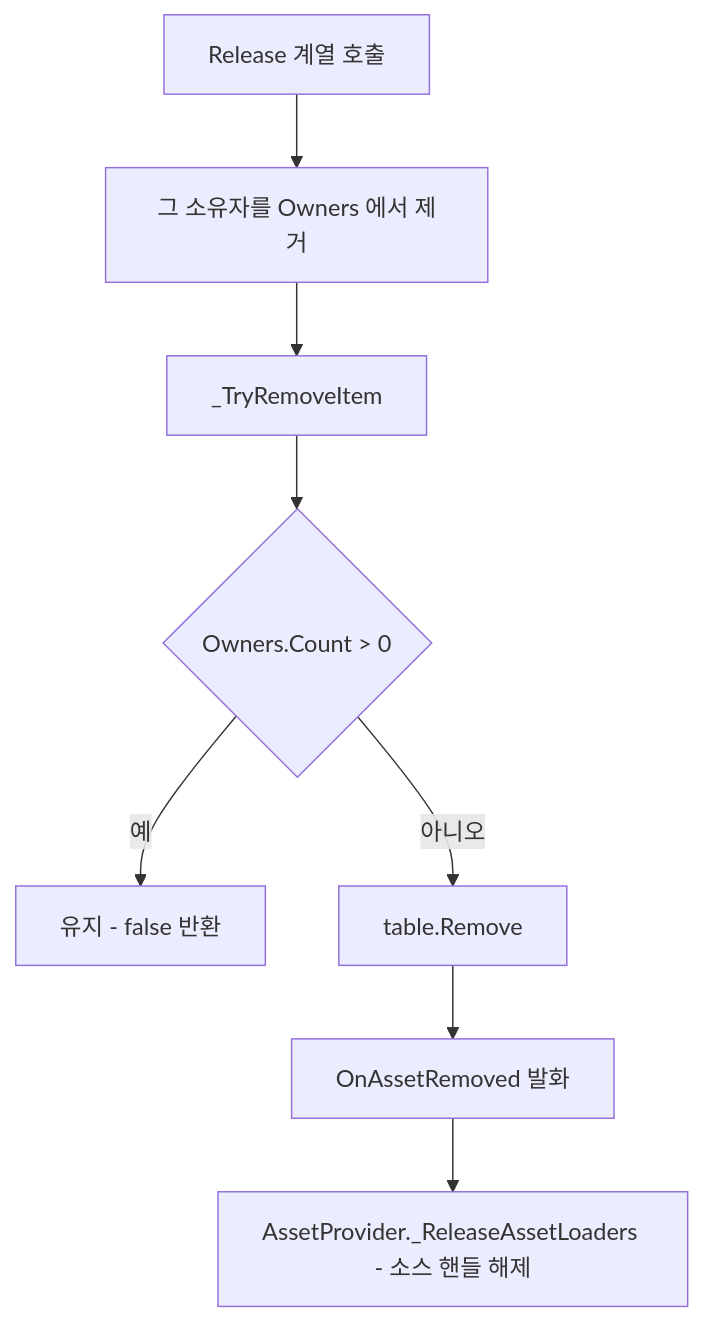
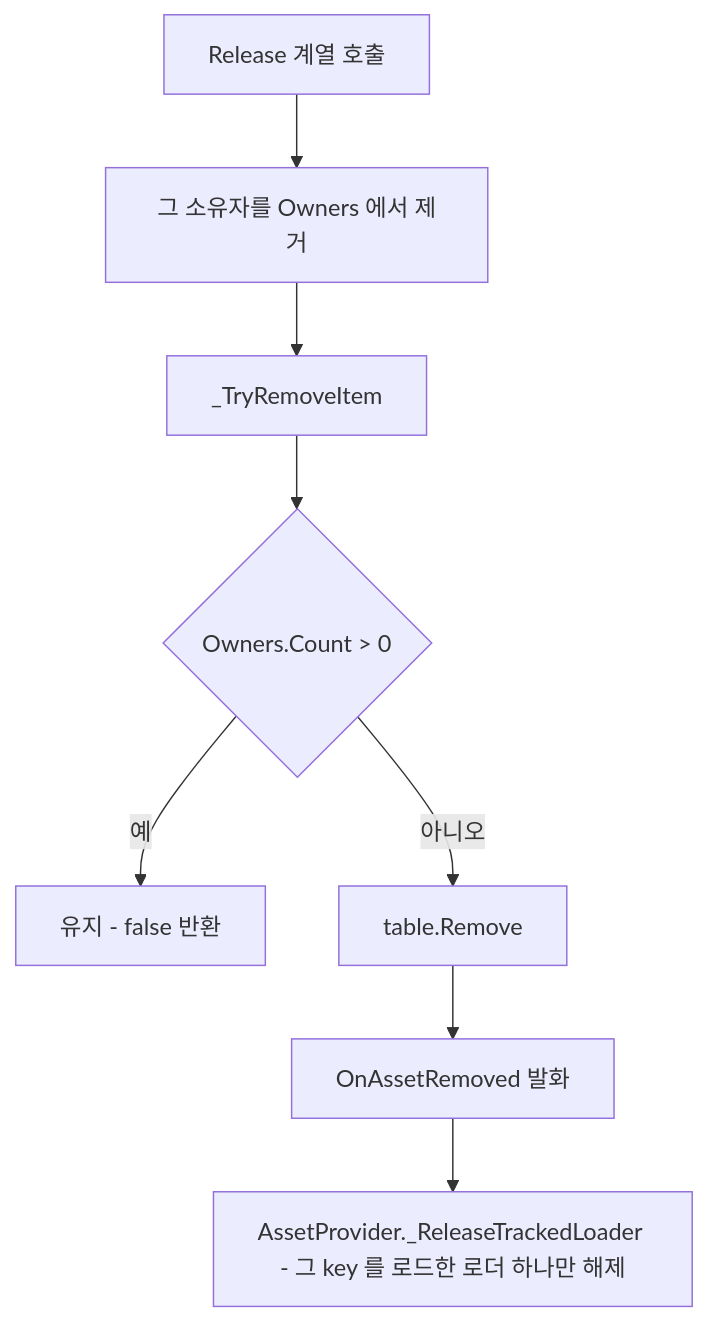
One commit to HoHong123/HCUP-Unity changed the second of 3 diagrams in HResource/docs/Cache.md. Above: the diagram before and after it, drawn with Mermaid. The commit also changed other lines of this file, not shown here.

````diff
--- a/HResource/docs/Cache.md
+++ b/HResource/docs/Cache.md
@@ -64,10 +53,10 @@
 ```mermaid
 flowchart TD
     A["Release 계열 호출"] --> B["그 소유자를 Owners 에서 제거"]
     B --> C["_TryRemoveItem"]
     C --> F{"Owners.Count &gt; 0"}
     F -->|예| E["유지 - false 반환"]
     F -->|아니오| G["table.Remove"]
     G --> H["OnAssetRemoved 발화"]
-    H --> I["AssetProvider._ReleaseAssetLoaders - 소스 핸들 해제"]
+    H --> I["AssetProvider._ReleaseTrackedLoader - 그 key 를 로드한 로더 하나만 해제"]
 ```
````
